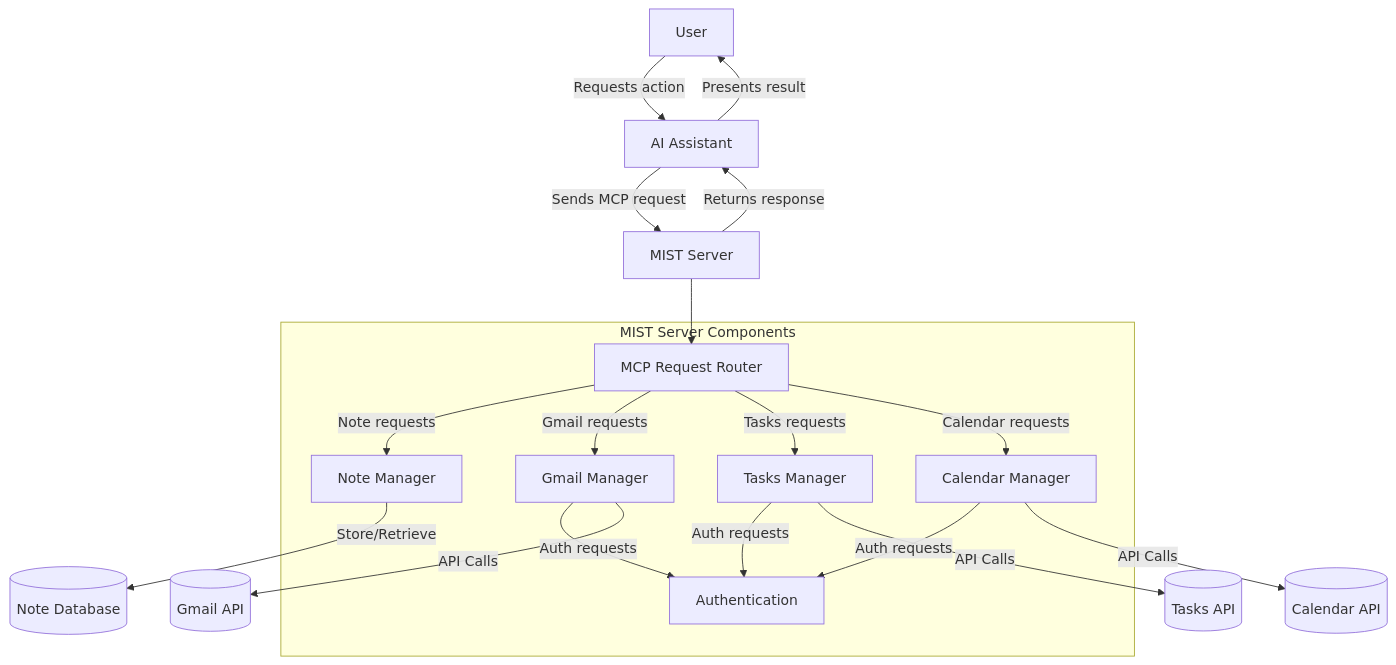
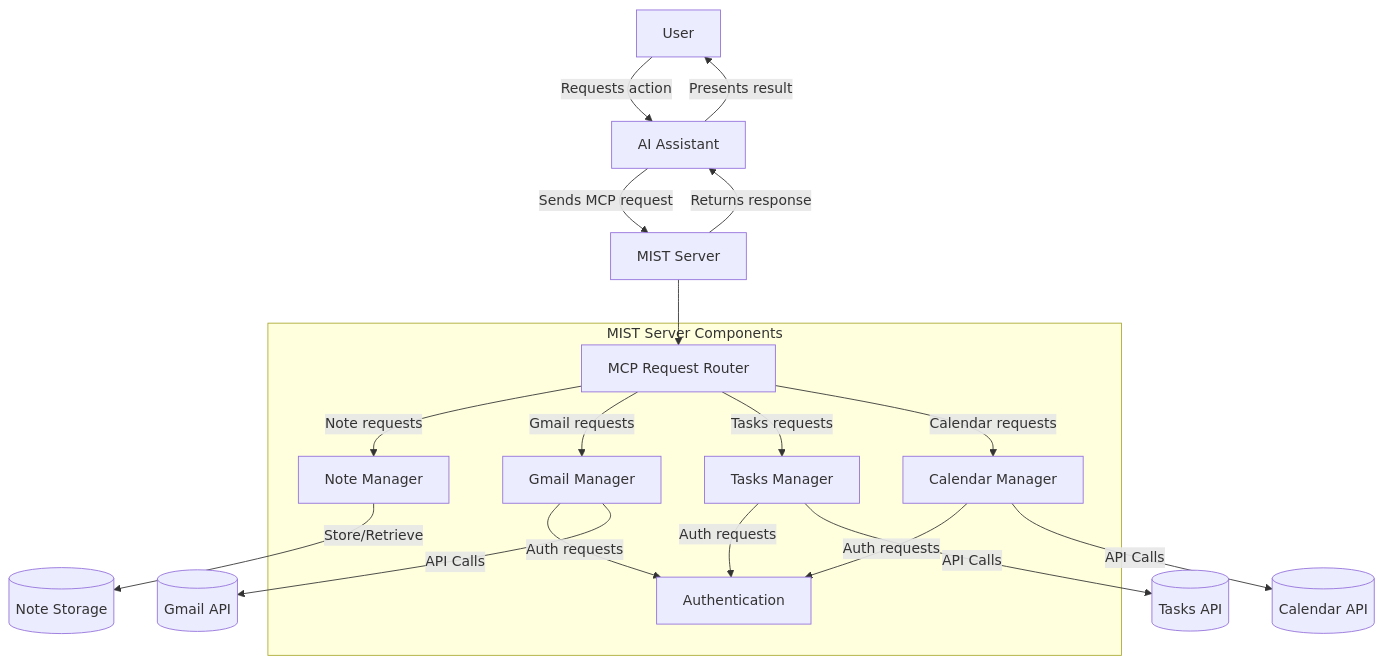
The first of 3 diagrams in README.md (CLoaKY233/MIST), drawn with Mermaid before and after one commit. The commit also changed other lines of this file and 15 other files, not shown here.

````diff
--- a/README.md
+++ b/README.md
@@ -57,31 +56,31 @@
 ```mermaid
 flowchart TB
     User[User] -->|Requests action| AI[AI Assistant]
     AI -->|Sends MCP request| MIST[MIST Server]
 
     subgraph "MIST Server Components"
         Router[MCP Request Router]
         NoteMgr[Note Manager]
         GmailMgr[Gmail Manager]
         TasksMgr[Tasks Manager]
         CalendarMgr[Calendar Manager]
         Auth[Authentication]
     end
 
     MIST --> Router
     Router -->|Note requests| NoteMgr
     Router -->|Gmail requests| GmailMgr
     Router -->|Tasks requests| TasksMgr
     Router -->|Calendar requests| CalendarMgr
     GmailMgr -->|Auth requests| Auth
     TasksMgr -->|Auth requests| Auth
     CalendarMgr -->|Auth requests| Auth
 
-    NoteMgr -->|Store/Retrieve| NoteDB[(Note Database)]
+    NoteMgr -->|Store/Retrieve| NoteDB[(Note Storage)]
     GmailMgr -->|API Calls| Gmail[(Gmail API)]
     TasksMgr -->|API Calls| Tasks[(Tasks API)]
     CalendarMgr -->|API Calls| Calendar[(Calendar API)]
 
     MIST -->|Returns response| AI
     AI -->|Presents result| User
 ```
````
